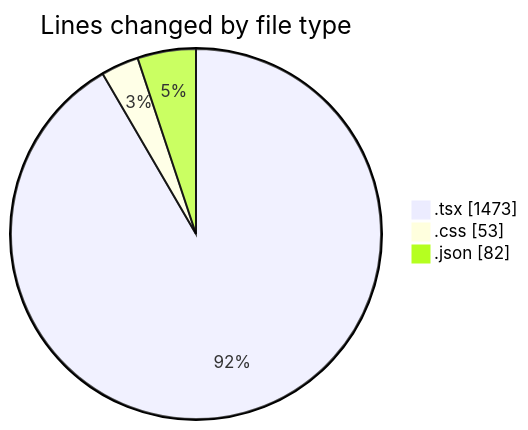
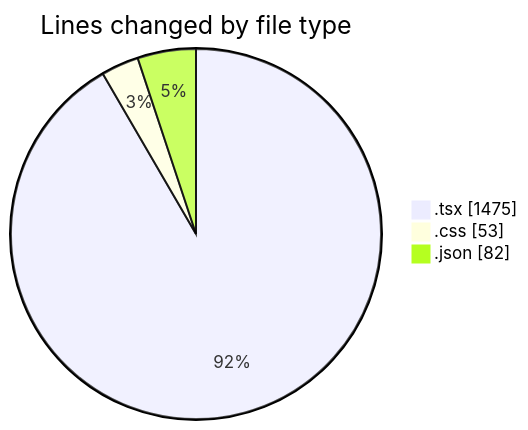
One commit to Elitesun/code-tracking changed the first of 2 diagrams in 2025-04-10/product-page/README.md. Above: the diagram before and after it, drawn with Mermaid. The commit also changed other lines of this file and 1 other file, not shown here.

````diff
--- a/2025-04-10/product-page/README.md
+++ b/2025-04-10/product-page/README.md
@@ -33,7 +33,7 @@
 ```mermaid
 pie showData
 title Lines changed by file type
-".tsx" : 1473
+".tsx" : 1475
 ".css" : 53
 ".json" : 82
 ```
````
